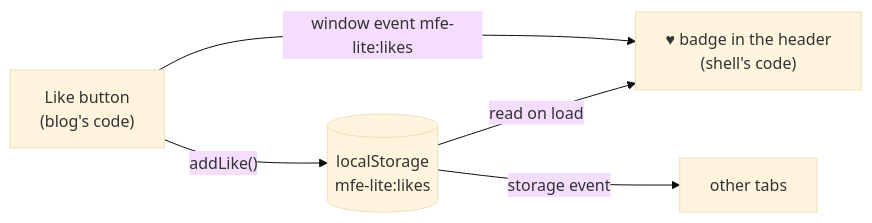
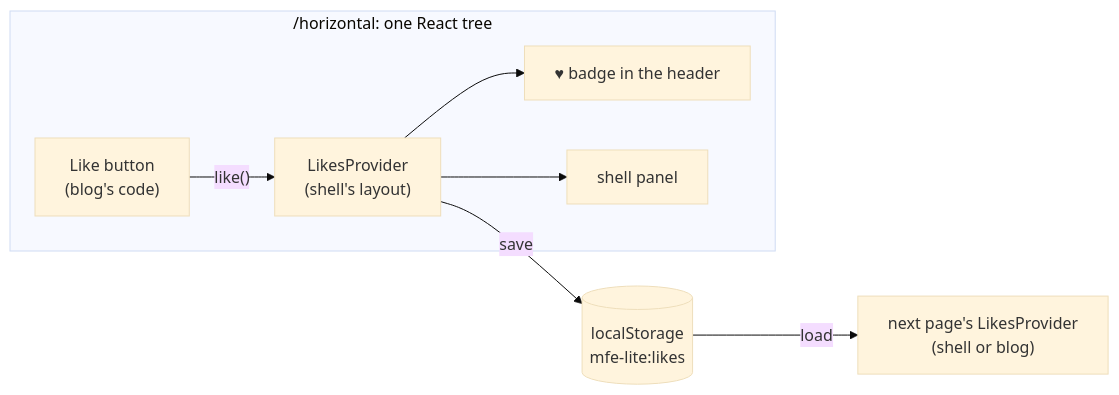
One commit to vinhnguyen221b/mfe-lite changed the third of 3 diagrams in README.md. Above: the diagram before and after it, drawn with Mermaid (base theme). The commit also changed other lines of this file and 3 other files, not shown here.

````diff
--- a/README.md
+++ b/README.md
@@ -60,7 +60,10 @@
 ```mermaid
 flowchart LR
-  LIKE["Like button<br/>(blog's code)"] -->|"addLike()"| LS[("localStorage<br/>mfe-lite:likes")]
-  LIKE -->|"window event mfe-lite:likes"| HDR["♥ badge in the header<br/>(shell's code)"]
-  LS -->|"read on load"| HDR
-  LS -->|"storage event"| TAB[other tabs]
+  subgraph page["/horizontal: one React tree"]
+    LIKE["Like button<br/>(blog's code)"] -->|"like()"| PROV["LikesProvider<br/>(shell's layout)"]
+    PROV --> HDR["♥ badge in the header"]
+    PROV --> PANEL["shell panel"]
+  end
+  PROV -->|"save"| LS[("localStorage<br/>mfe-lite:likes")]
+  LS -->|"load"| NEXT["next page's LikesProvider<br/>(shell or blog)"]
 ```
````
